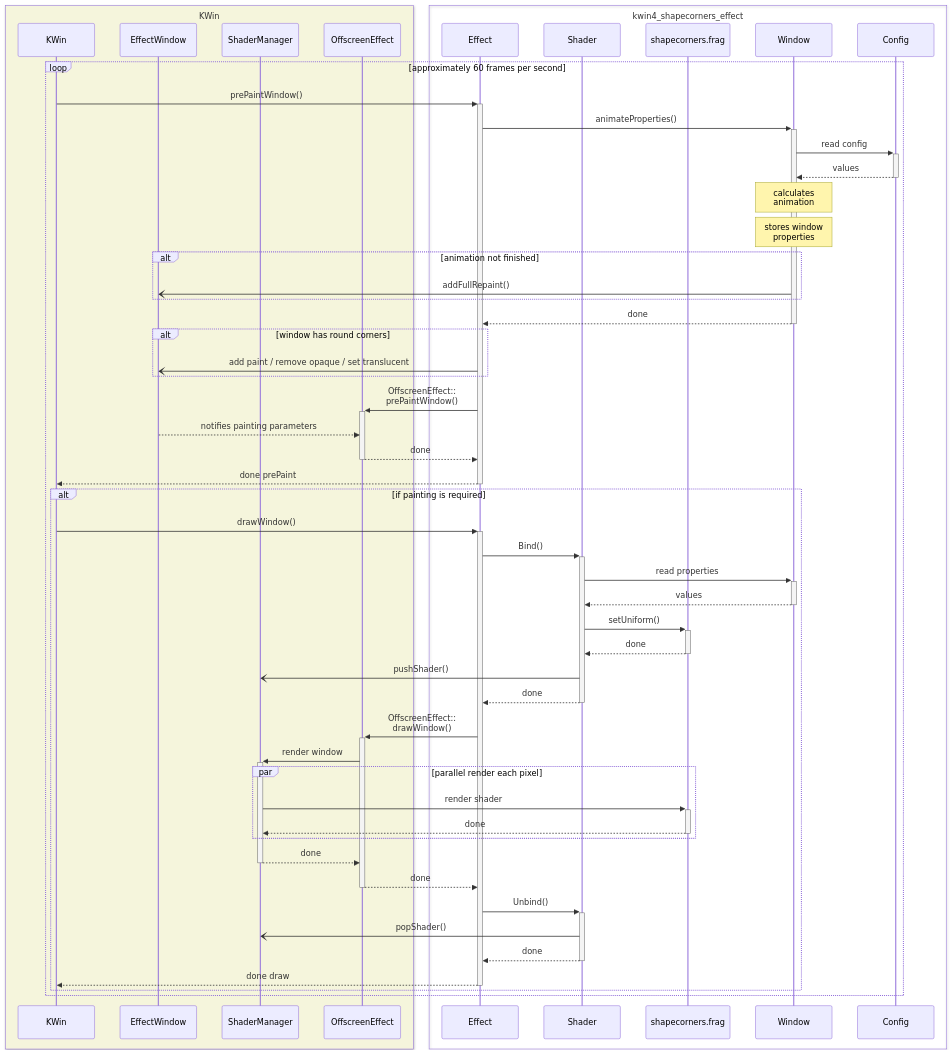
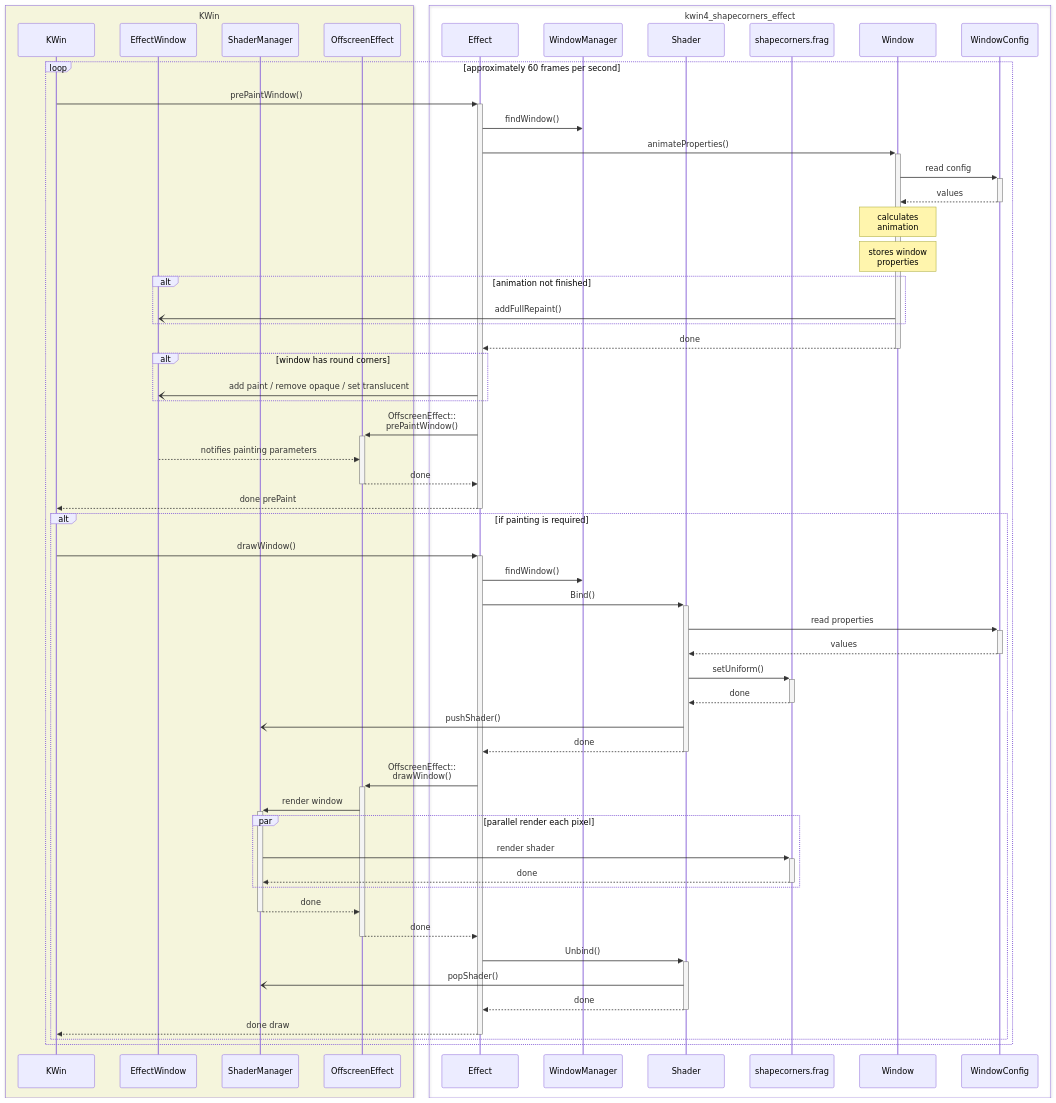
The diagram in SequenceDiagram.md (matinlotfali/KDE-Rounded-Corners), drawn with Mermaid before and after one commit. The commit also changed 20 other files, not shown here.

First line of the commit message:
Refactors effect for improved architecture

````diff
--- a/SequenceDiagram.md
+++ b/SequenceDiagram.md
@@ -3,59 +3,62 @@
 ```mermaid
 sequenceDiagram
     Box beige KWin
         participant KWin
         participant EffectWindow
         participant ShaderManager
         participant OffscreenEffect
     end
     Box kwin4_shapecorners_effect
         participant Effect
+        participant WindowManager
         participant Shader
         participant shapecorners.frag
         participant Window
-        participant Config
+        participant WindowConfig
     end
 
     loop approximately 60 frames per second
         KWin->>+Effect: prePaintWindow()
+        Effect->>WindowManager: findWindow()
         Effect->>+Window: animateProperties()
-        Window->>+Config: read config
-        Config-->>-Window: values
+        Window->>+WindowConfig: read config
+        WindowConfig-->>-Window: values
         Note over Window: calculates<br>animation
         Note over Window: stores window<br>properties
         alt animation not finished
             Window-)EffectWindow: addFullRepaint()
         end
         Window-->>-Effect: done
         alt window has round corners
             Effect-)EffectWindow: add paint / remove opaque / set translucent
         end
         Effect->>+OffscreenEffect: OffscreenEffect::<br>prePaintWindow()
         EffectWindow-->>OffscreenEffect: notifies painting parameters 
         OffscreenEffect-->>-Effect: done
         Effect-->>-KWin: done prePaint
         
         alt if painting is required
             KWin->>+Effect: drawWindow()
+            Effect->>WindowManager: findWindow()
             Effect->>+Shader: Bind()
-            Shader->>+Window: read properties
-            Window-->>-Shader: values
+            Shader->>+WindowConfig: read properties
+            WindowConfig-->>-Shader: values
             Shader->>+shapecorners.frag: setUniform()
             shapecorners.frag-->>-Shader: done
             Shader-)ShaderManager: pushShader()
             Shader-->>-Effect: done
             Effect->>+OffscreenEffect: OffscreenEffect::<br>drawWindow()
             OffscreenEffect->>+ShaderManager: render window
             par parallel render each pixel
                 ShaderManager->>+shapecorners.frag: render shader
                 shapecorners.frag-->>-ShaderManager: done
             end
             ShaderManager-->>-OffscreenEffect: done
             OffscreenEffect-->>-Effect: done
             Effect->>+Shader: Unbind()
             Shader-)ShaderManager: popShader()
             Shader-->>-Effect: done
             Effect-->>-KWin: done draw
         end
     end
 ```
````
